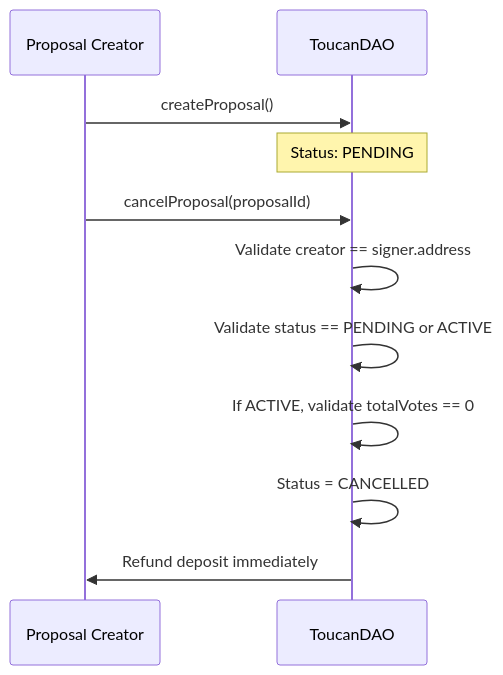
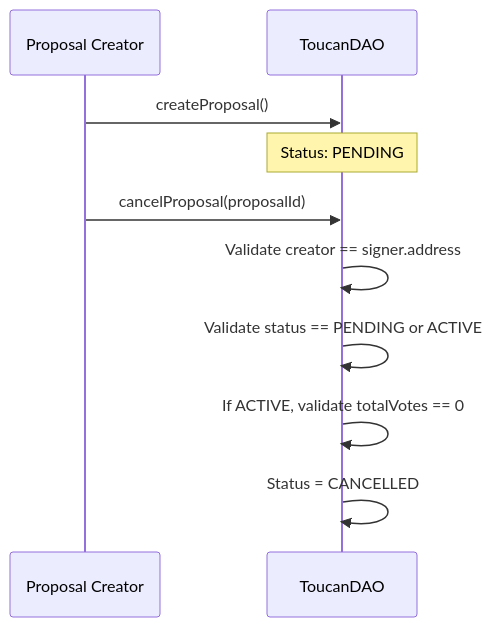
The fifth of 6 diagrams in README.md (EmanHerawy/FlowGov), drawn with Mermaid before and after one commit. The commit also changed other lines of this file, not shown here.

````diff
--- a/README.md
+++ b/README.md
@@ -1220,15 +1223,15 @@
 ```mermaid
 sequenceDiagram
     participant Creator as Proposal Creator
     participant DAO as ToucanDAO
 
     Creator->>DAO: createProposal()
     Note over DAO: Status: PENDING
     
     Creator->>DAO: cancelProposal(proposalId)
     DAO->>DAO: Validate creator == signer.address
     DAO->>DAO: Validate status == PENDING or ACTIVE
     DAO->>DAO: If ACTIVE, validate totalVotes == 0
     DAO->>DAO: Status = CANCELLED
-    DAO->>Creator: Refund deposit immediately
+    
 ```
````
